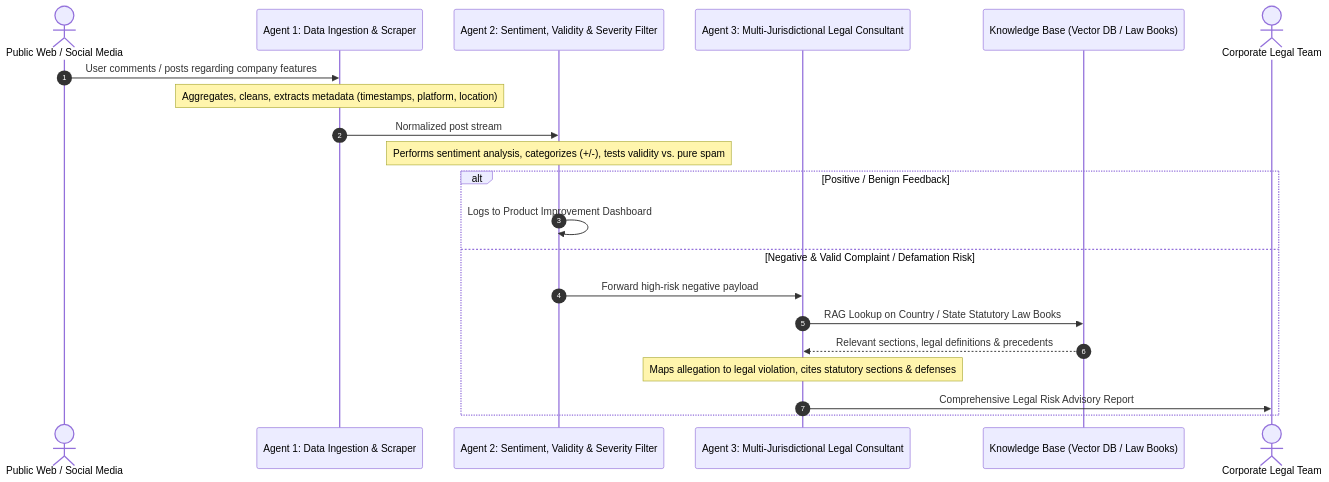
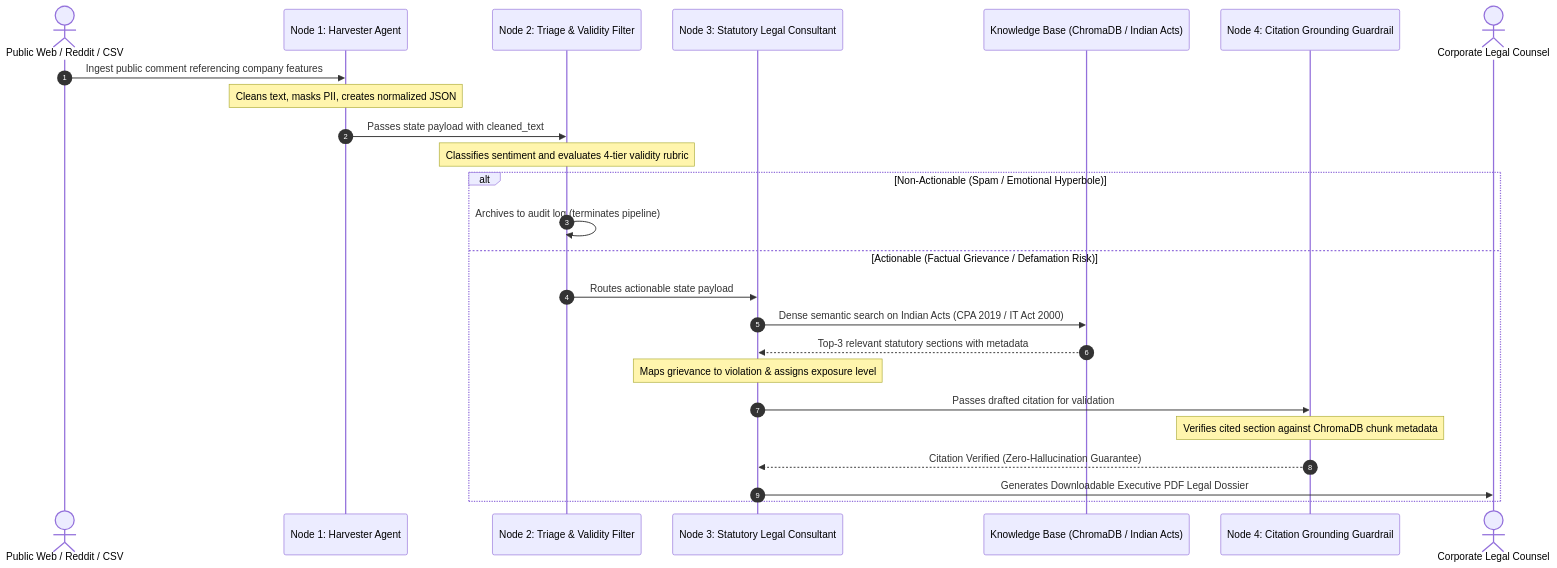
Before and after one commit to gitsparthiv/Agentic_ai_project_1: the second of 2 diagrams in college_project/ARCHITECTURE_DESIGN.md, drawn with Mermaid. The commit also changed other lines of this file, not shown here.

Commit message:
docs: add LangGraph component architecture, state schema, and guardrail to ARCHITECTURE_DESIGN.md

````diff
--- a/college_project/ARCHITECTURE_DESIGN.md
+++ b/college_project/ARCHITECTURE_DESIGN.md
@@ -15,24 +104,28 @@
 ```mermaid
 sequenceDiagram
     autonumber
-    actor Web as Public Web / Social Media
-    participant Agent1 as Agent 1: Data Ingestion & Scraper
-    participant Agent2 as Agent 2: Sentiment, Validity & Severity Filter
-    participant Agent3 as Agent 3: Multi-Jurisdictional Legal Consultant
-    participant DB as Knowledge Base (Vector DB / Law Books)
-    actor Company as Corporate Legal Team
+    actor Web as Public Web / Reddit / CSV
+    participant Agent1 as Node 1: Harvester Agent
+    participant Agent2 as Node 2: Triage & Validity Filter
+    participant Agent3 as Node 3: Statutory Legal Consultant
+    participant DB as Knowledge Base (ChromaDB / Indian Acts)
+    participant Guard as Node 4: Citation Grounding Guardrail
+    actor Company as Corporate Legal Counsel
 
-    Web->>Agent1: User comments / posts regarding company features
-    Note over Agent1: Aggregates, cleans, extracts metadata (timestamps, platform, location)
-    Agent1->>Agent2: Normalized post stream
-    Note over Agent2: Performs sentiment analysis, categorizes (+/-), tests validity vs. pure spam
-    alt Positive / Benign Feedback
-        Agent2->>Agent2: Logs to Product Improvement Dashboard
-    else Negative & Valid Complaint / Defamation Risk
-        Agent2->>Agent3: Forward high-risk negative payload
-        Agent3->>DB: RAG Lookup on Country / State Statutory Law Books
-        DB-->>Agent3: Relevant sections, legal definitions & precedents
-        Note over Agent3: Maps allegation to legal violation, cites statutory sections & defenses
-        Agent3->>Company: Comprehensive Legal Risk Advisory Report
+    Web->>Agent1: Ingest public comment referencing company features
+    Note over Agent1: Cleans text, masks PII, creates normalized JSON
+    Agent1->>Agent2: Passes state payload with cleaned_text
+    Note over Agent2: Classifies sentiment and evaluates 4-tier validity rubric
+    alt Non-Actionable (Spam / Emotional Hyperbole)
+        Agent2->>Agent2: Archives to audit log (terminates pipeline)
+    else Actionable (Factual Grievance / Defamation Risk)
+        Agent2->>Agent3: Routes actionable state payload
+        Agent3->>DB: Dense semantic search on Indian Acts (CPA 2019 / IT Act 2000)
+        DB-->>Agent3: Top-3 relevant statutory sections with metadata
+        Note over Agent3: Maps grievance to violation & assigns exposure level
+        Agent3->>Guard: Passes drafted citation for validation
+        Note over Guard: Verifies cited section against ChromaDB chunk metadata
+        Guard-->>Agent3: Citation Verified (Zero-Hallucination Guarantee)
+        Agent3->>Company: Generates Downloadable Executive PDF Legal Dossier
     end
 ```
````
